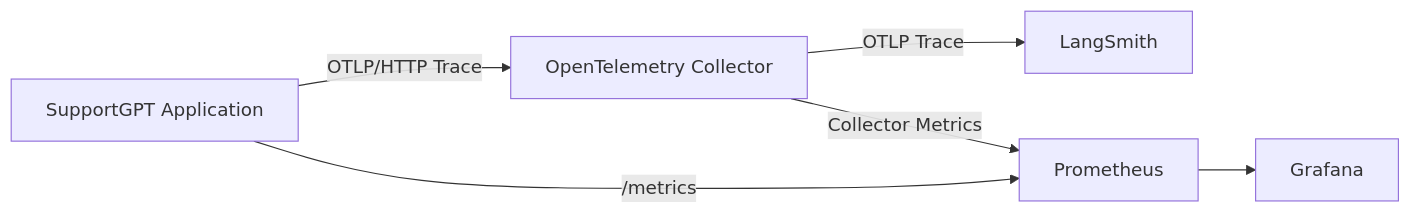
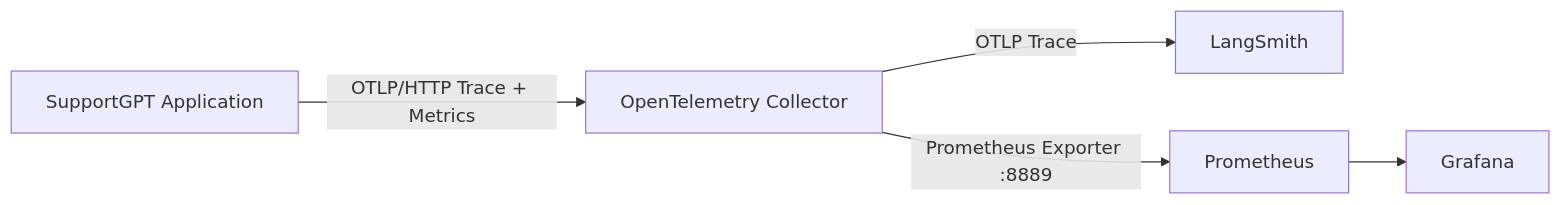
One commit to sulik0/support-gpt-enterprise-resume changed the diagram in docs/OBSERVABILITY_PHASE1.md. Above: the diagram before and after it, drawn with Mermaid. The commit also changed other lines of this file and 29 other files, not shown here.

````diff
--- a/docs/OBSERVABILITY_PHASE1.md
+++ b/docs/OBSERVABILITY_PHASE1.md
@@ -7,8 +7,7 @@
 ```mermaid
 flowchart LR
-    APP["SupportGPT Application"] -->|"OTLP/HTTP Trace"| COL["OpenTelemetry Collector"]
+    APP["SupportGPT Application"] -->|"OTLP/HTTP Trace + Metrics"| COL["OpenTelemetry Collector"]
     COL -->|"OTLP Trace"| LS["LangSmith"]
-    COL -->|"Collector Metrics"| PROM["Prometheus"]
-    APP -->|"/metrics"| PROM
+    COL -->|"Prometheus Exporter :8889"| PROM["Prometheus"]
     PROM --> GRAF["Grafana"]
 ```
````
